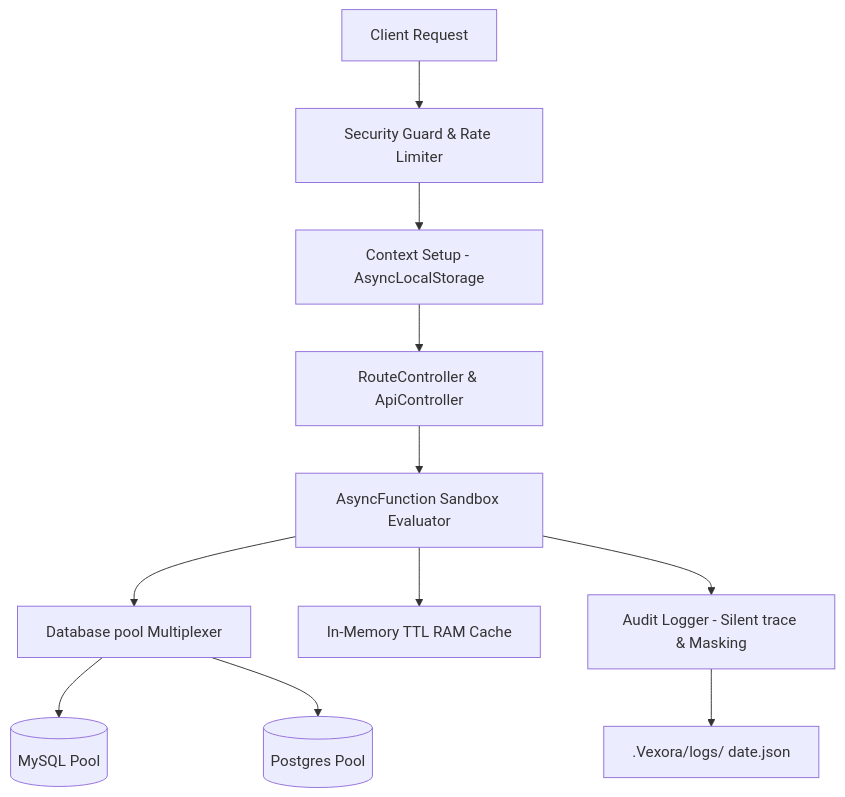
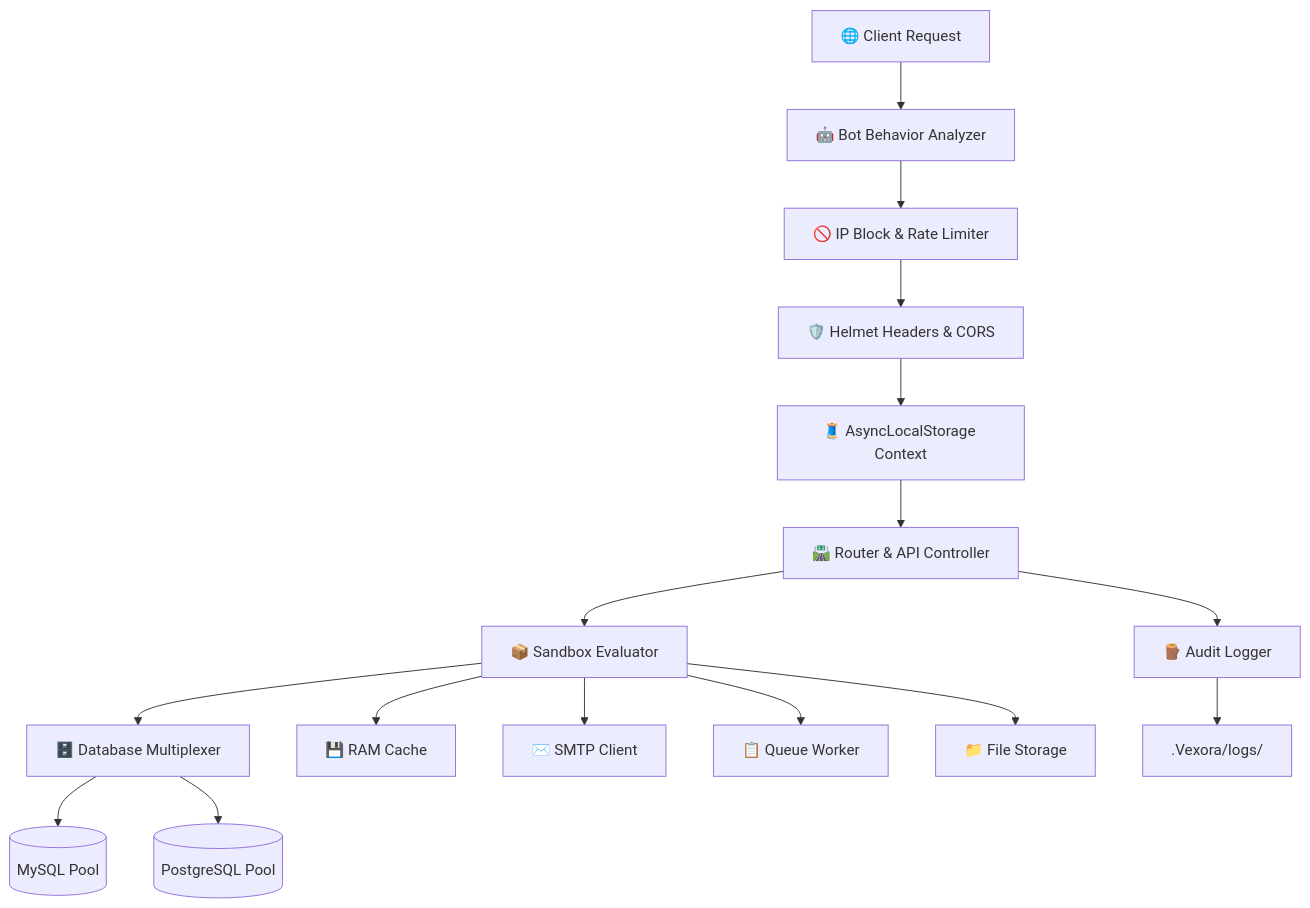
One commit to Satyam9725/vexora changed the diagram in README.md. Above: the diagram before and after it, drawn with Mermaid. The commit also changed other lines of this file, not shown here.

````diff
--- a/README.md
+++ b/README.md
@@ -168,13 +213,18 @@
 ```mermaid
 graph TD
-    Client[Client Request] --> Guard[Security Guard & Rate Limiter]
-    Guard --> Context[Context Setup - AsyncLocalStorage]
-    Context --> Router[RouteController & ApiController]
-    Router --> Controller[AsyncFunction Sandbox Evaluator]
-    Controller --> DBRouter[Database pool Multiplexer]
-    DBRouter --> MySQL[(MySQL Pool)]
-    DBRouter --> PG[(Postgres Pool)]
-    Controller --> Cache[In-Memory TTL RAM Cache]
-    Controller --> Logger[Audit Logger - Silent trace & Masking]
-    Logger --> Disk[.Vexora/logs/ date.json]
+    Client["🌐 Client Request"] --> BotShield["🤖 Bot Behavior Analyzer"]
+    BotShield --> IPGuard["🚫 IP Block & Rate Limiter"]
+    IPGuard --> SecurityHeaders["🛡️ Helmet Headers & CORS"]
+    SecurityHeaders --> Context["🧵 AsyncLocalStorage Context"]
+    Context --> Router["🛣️ Router & API Controller"]
+    Router --> Sandbox["📦 Sandbox Evaluator"]
+    Sandbox --> DB["🗄️ Database Multiplexer"]
+    Sandbox --> Cache["💾 RAM Cache"]
+    Sandbox --> Mail["✉️ SMTP Client"]
+    Sandbox --> Queue["📋 Queue Worker"]
+    Sandbox --> Storage["📁 File Storage"]
+    DB --> MySQL[("MySQL Pool")]
+    DB --> PG[("PostgreSQL Pool")]
+    Router --> Logger["🪵 Audit Logger"]
+    Logger --> Disk[".Vexora/logs/"]
 ```
````
